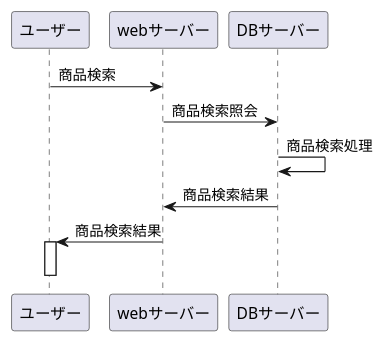
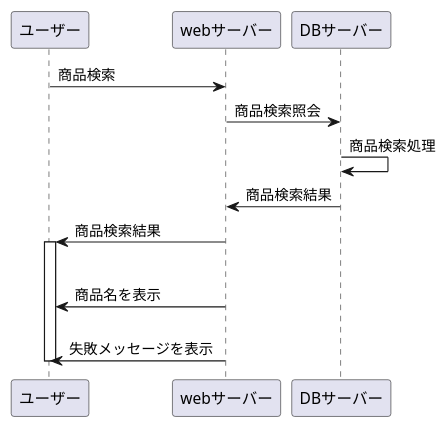
The diagram in sample.md (Aso2001397/2021sys-design), drawn with PlantUML before and after one commit.

````diff
--- a/sample.md
+++ b/sample.md
@@ -1,12 +1,19 @@
 ```uml
 @startuml 
 ユーザー -> webサーバー : 商品検索
 webサーバー -> DBサーバー : 商品検索照会
 DBサーバー -> DBサーバー : 商品検索処理
 DBサーバー -> webサーバー : 商品検索結果
 webサーバー -> ユーザー : 商品検索結果
 
 activate ユーザー
+
+alt 検索成功
+webサーバー -> ユーザー : 商品名を表示
+
+else 検索失敗
+webサーバー -> ユーザー : 失敗メッセージを表示
+
 deactivate ユーザー
 @enduml
 ```
````
